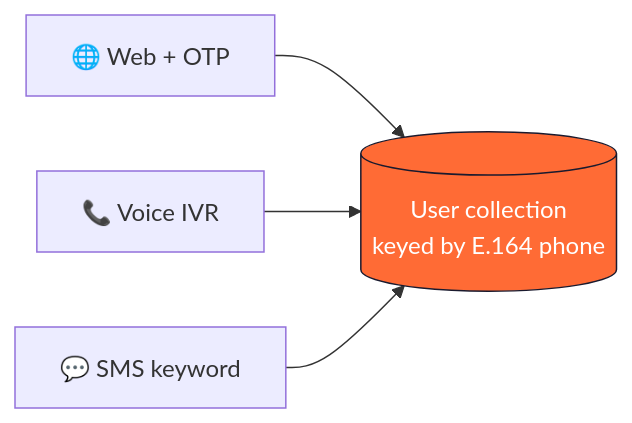
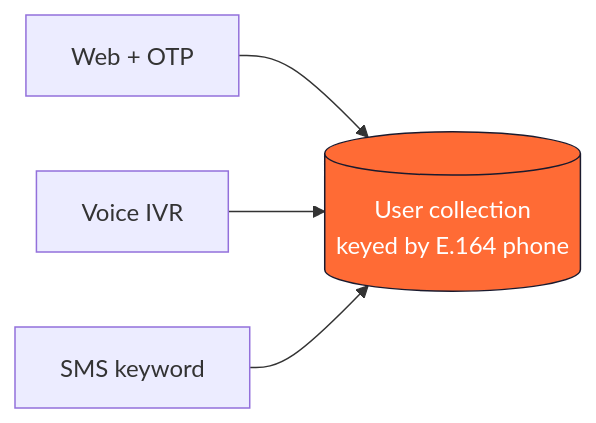
One commit to Himesh-Jadav/sandeshmailbox changed the first of 4 diagrams in README.md. Above: the diagram before and after it, drawn with Mermaid. The commit also changed other lines of this file, not shown here.

````diff
--- a/README.md
+++ b/README.md
@@ -118,7 +219,7 @@
 ```mermaid
 flowchart LR
-    A["🌐 Web + OTP"] --> U[("User collection<br/>keyed by E.164 phone")]
-    B["📞 Voice IVR"] --> U
-    C["💬 SMS keyword"] --> U
+    A["Web + OTP"] --> U[("User collection<br/>keyed by E.164 phone")]
+    B["Voice IVR"] --> U
+    C["SMS keyword"] --> U
     style U fill:#FF6B35,stroke:#1a1a2e,color:#fff
 ```
````
